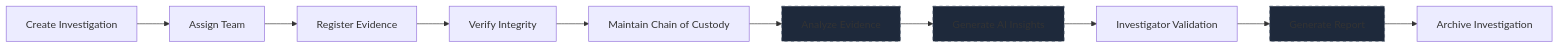
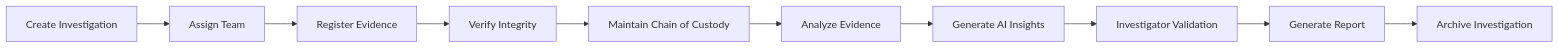
Before and after one commit to shikhar-sahay/provena: the second of 2 diagrams in docs/architecture.md, drawn with Mermaid. The commit also changed other lines of this file and 8 other files, not shown here.

````diff
--- a/docs/architecture.md
+++ b/docs/architecture.md
@@ -167,15 +191,12 @@
 ```mermaid
 flowchart LR
     A[Create Investigation] --> B[Assign Team]
     B --> C[Register Evidence]
     C --> D[Verify Integrity]
     D --> E[Maintain Chain of Custody]
     E --> F[Analyze Evidence]
     F --> G[Generate AI Insights]
     G --> H[Investigator Validation]
     H --> I[Generate Report]
     I --> J[Archive Investigation]
-    style F fill:#1e293b,stroke:#475569,stroke-dasharray: 5 5
-    style G fill:#1e293b,stroke:#475569,stroke-dasharray: 5 5
-    style I fill:#1e293b,stroke:#475569,stroke-dasharray: 5 5
 ```
````
